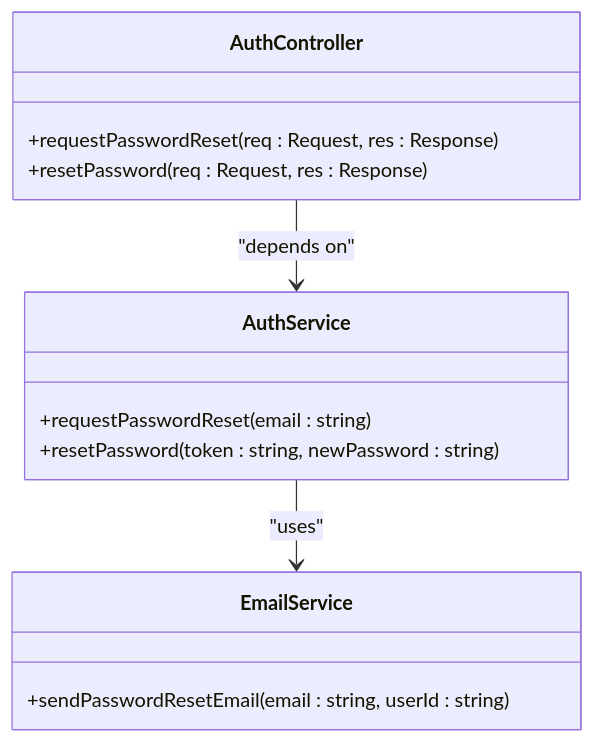
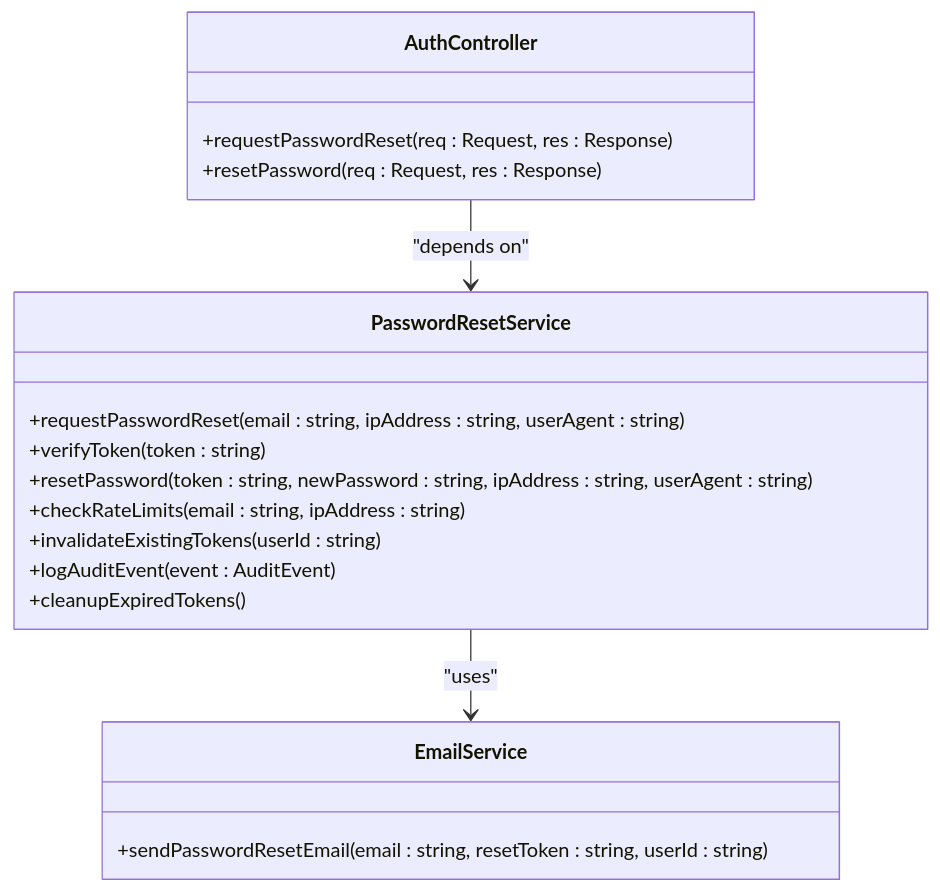
One commit to Brimstow/ThumPiks changed the second of 3 diagrams in .qoder/repowiki/en/content/Authentication & User Management/Password Recovery & Reset.md. Above: the diagram before and after it, drawn with Mermaid. The commit also changed other lines of this file and 900 other files, not shown here.

````diff
--- a/.qoder/repowiki/en/content/Authentication & User Management/Password Recovery & Reset.md
+++ b/.qoder/repowiki/en/content/Authentication & User Management/Password Recovery & Reset.md
@@ -102,16 +126,21 @@
 ```mermaid
 classDiagram
-class AuthService {
-+requestPasswordReset(email : string)
-+resetPassword(token : string, newPassword : string)
+class PasswordResetService {
++requestPasswordReset(email : string, ipAddress : string, userAgent : string)
++verifyToken(token : string)
++resetPassword(token : string, newPassword : string, ipAddress : string, userAgent : string)
++checkRateLimits(email : string, ipAddress : string)
++invalidateExistingTokens(userId : string)
++logAuditEvent(event : AuditEvent)
++cleanupExpiredTokens()
 }
 class AuthController {
 +requestPasswordReset(req : Request, res : Response)
 +resetPassword(req : Request, res : Response)
 }
 class EmailService {
-+sendPasswordResetEmail(email : string, userId : string)
++sendPasswordResetEmail(email : string, resetToken : string, userId : string)
 }
-AuthService --> EmailService : "uses"
-AuthController --> AuthService : "depends on"
+PasswordResetService --> EmailService : "uses"
+AuthController --> PasswordResetService : "depends on"
 ```
````
